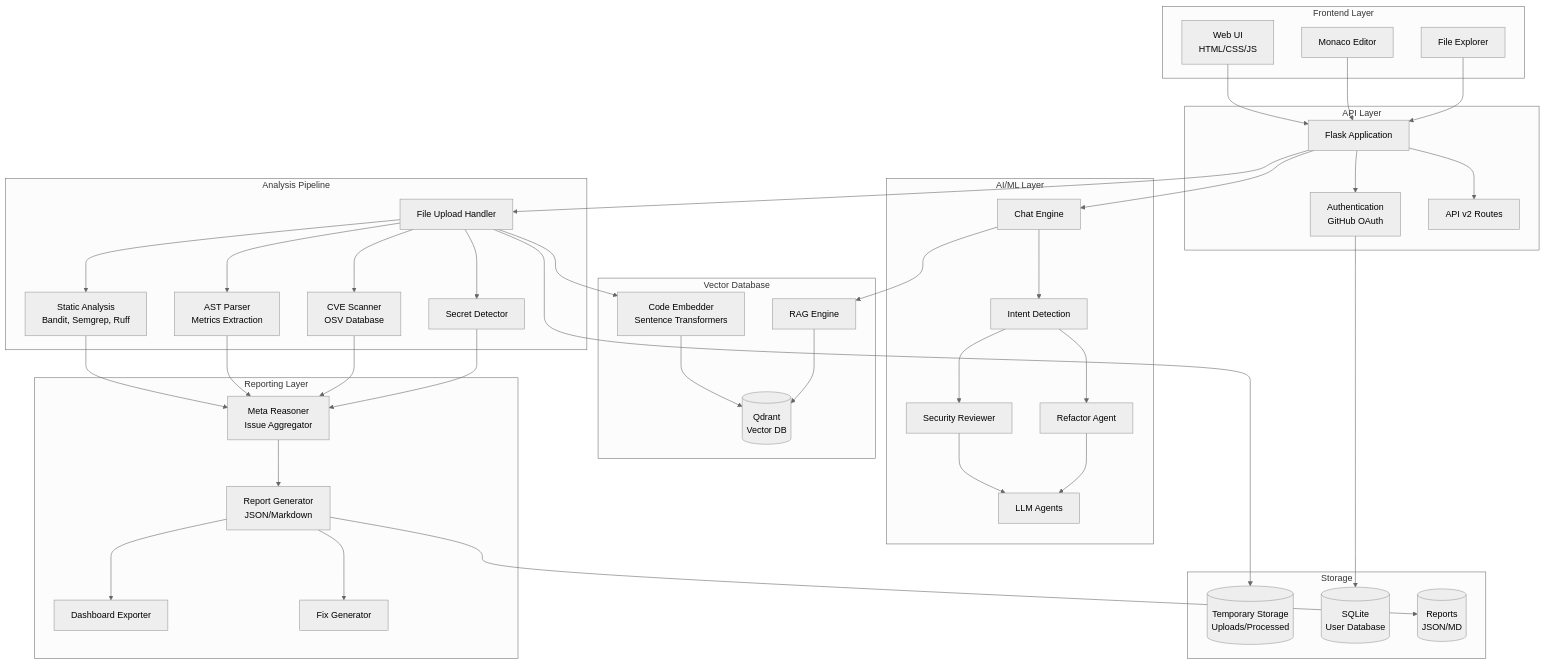
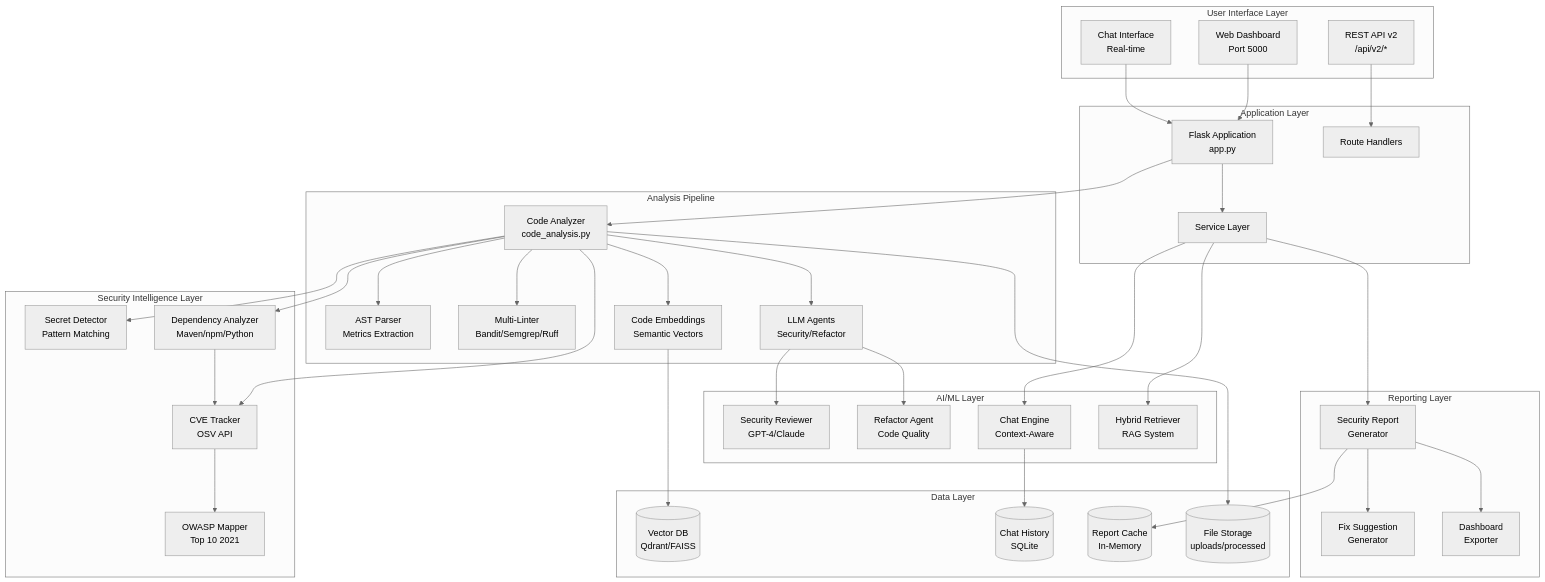
Before and after one commit to Krushna56/ai_code_review: the first of 2 diagrams in README.md, drawn with Mermaid (neutral theme). The commit also changed other lines of this file and 16 other files, not shown here.

Commit message:
update the ui and backend and more analysis metrics

````diff
--- a/README.md
+++ b/README.md
@@ -90,88 +18,84 @@
 ```mermaid
 graph TB
-    subgraph "Frontend Layer"
-        UI[Web UI<br/>HTML/CSS/JS]
-        Monaco[Monaco Editor]
-        FileExplorer[File Explorer]
+    subgraph "User Interface Layer"
+        WEB[Web Dashboard<br/>Port 5000]
+        CHAT[Chat Interface<br/>Real-time]
+        API[REST API v2<br/>/api/v2/*]
     end
 
-    subgraph "API Layer"
-        Flask[Flask Application]
-        Auth[Authentication<br/>GitHub OAuth]
-        APIv2[API v2 Routes]
+    subgraph "Application Layer"
+        FLASK[Flask Application<br/>app.py]
+        ROUTES[Route Handlers]
+        SERVICES[Service Layer]
     end
 
     subgraph "Analysis Pipeline"
-        Upload[File Upload Handler]
-        StaticAnalysis[Static Analysis<br/>Bandit, Semgrep, Ruff]
-        ASTParser[AST Parser<br/>Metrics Extraction]
-        CVEScanner[CVE Scanner<br/>OSV Database]
-        SecretDetector[Secret Detector]
+        ANALYZER[Code Analyzer<br/>code_analysis.py]
+        AST[AST Parser<br/>Metrics Extraction]
+        LINTERS[Multi-Linter<br/>Bandit/Semgrep/Ruff]
+        EMBEDDINGS[Code Embeddings<br/>Semantic Vectors]
+        LLM[LLM Agents<br/>Security/Refactor]
+    end
+
+    subgraph "Security Intelligence Layer"
+        CVE[CVE Tracker<br/>OSV API]
+        SECRETS[Secret Detector<br/>Pattern Matching]
+        DEPS[Dependency Analyzer<br/>Maven/npm/Python]
+        OWASP[OWASP Mapper<br/>Top 10 2021]
     end
 
     subgraph "AI/ML Layer"
-        LLMAgents[LLM Agents]
-        SecurityAgent[Security Reviewer]
-        RefactorAgent[Refactor Agent]
-        ChatEngine[Chat Engine]
-        IntentDetection[Intent Detection]
+        SECURITY_AGENT[Security Reviewer<br/>GPT-4/Claude]
+        REFACTOR_AGENT[Refactor Agent<br/>Code Quality]
+        CHAT_ENGINE[Chat Engine<br/>Context-Aware]
+        RETRIEVAL[Hybrid Retriever<br/>RAG System]
     end
 
-    subgraph "Vector Database"
-        Embedder[Code Embedder<br/>Sentence Transformers]
-        Qdrant[(Qdrant<br/>Vector DB)]
-        RAG[RAG Engine]
+    subgraph "Data Layer"
+        VECTOR_DB[(Vector DB<br/>Qdrant/FAISS)]
+        CHAT_DB[(Chat History<br/>SQLite)]
+        CACHE[(Report Cache<br/>In-Memory)]
+        FILES[(File Storage<br/>uploads/processed)]
     end
 
     subgraph "Reporting Layer"
-        MetaReasoner[Meta Reasoner<br/>Issue Aggregator]
-        ReportGen[Report Generator<br/>JSON/Markdown]
-        Dashboard[Dashboard Exporter]
-        FixGen[Fix Generator]
+        REPORT_GEN[Security Report<br/>Generator]
+        FIX_GEN[Fix Suggestion<br/>Generator]
+        DASHBOARD_EXPORT[Dashboard<br/>Exporter]
     end
 
-    subgraph "Storage"
-        TempStorage[(Temporary Storage<br/>Uploads/Processed)]
-        UserDB[(SQLite<br/>User Database)]
-        Reports[(Reports<br/>JSON/MD)]
-    end
+    WEB --> FLASK
+    CHAT --> FLASK
+    API --> ROUTES
 
-    UI --> Flask
-    Monaco --> Flask
-    FileExplorer --> Flask
+    FLASK --> ANALYZER
+    FLASK --> SERVICES
 
-    Flask --> Auth
-    Flask --> APIv2
-    Flask --> Upload
+    ANALYZER --> AST
+    ANALYZER --> LINTERS
+    ANALYZER --> EMBEDDINGS
+    ANALYZER --> LLM
 
-    Upload --> StaticAnalysis
-    Upload --> ASTParser
-    Upload --> CVEScanner
-    Upload --> SecretDetector
+    ANALYZER --> CVE
+    ANALYZER --> SECRETS
+    ANALYZER --> DEPS
 
-    StaticAnalysis --> MetaReasoner
-    ASTParser --> MetaReasoner
-    CVEScanner --> MetaReasoner
-    SecretDetector --> MetaReasoner
+    LLM --> SECURITY_AGENT
+    LLM --> REFACTOR_AGENT
 
-    Flask --> ChatEngine
-    ChatEngine --> IntentDetection
-    IntentDetection --> SecurityAgent
-    IntentDetection --> RefactorAgent
+    SERVICES --> CHAT_ENGINE
+    SERVICES --> RETRIEVAL
+    SERVICES --> REPORT_GEN
 
-    SecurityAgent --> LLMAgents
-    RefactorAgent --> LLMAgents
+    EMBEDDINGS --> VECTOR_DB
+    CHAT_ENGINE --> CHAT_DB
+    REPORT_GEN --> CACHE
 
-    Upload --> Embedder
-    Embedder --> Qdrant
-    ChatEngine --> RAG
-    RAG --> Qdrant
+    CVE --> OWASP
+    DEPS --> CVE
 
-    MetaReasoner --> ReportGen
-    ReportGen --> Dashboard
-    ReportGen --> FixGen
+    REPORT_GEN --> DASHBOARD_EXPORT
+    REPORT_GEN --> FIX_GEN
 
-    ReportGen --> Reports
-    Auth --> UserDB
-    Upload --> TempStorage
+    ANALYZER --> FILES
 ```
````
